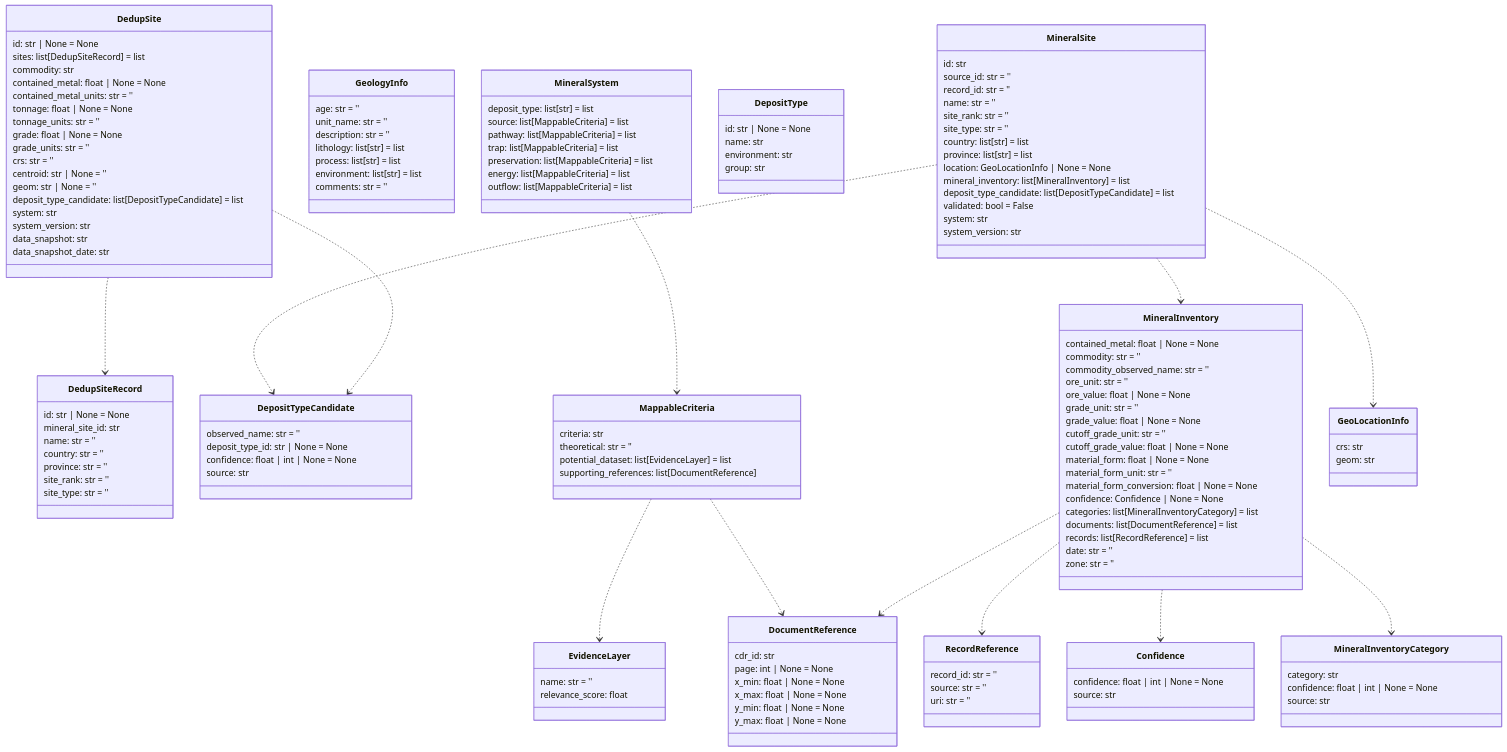
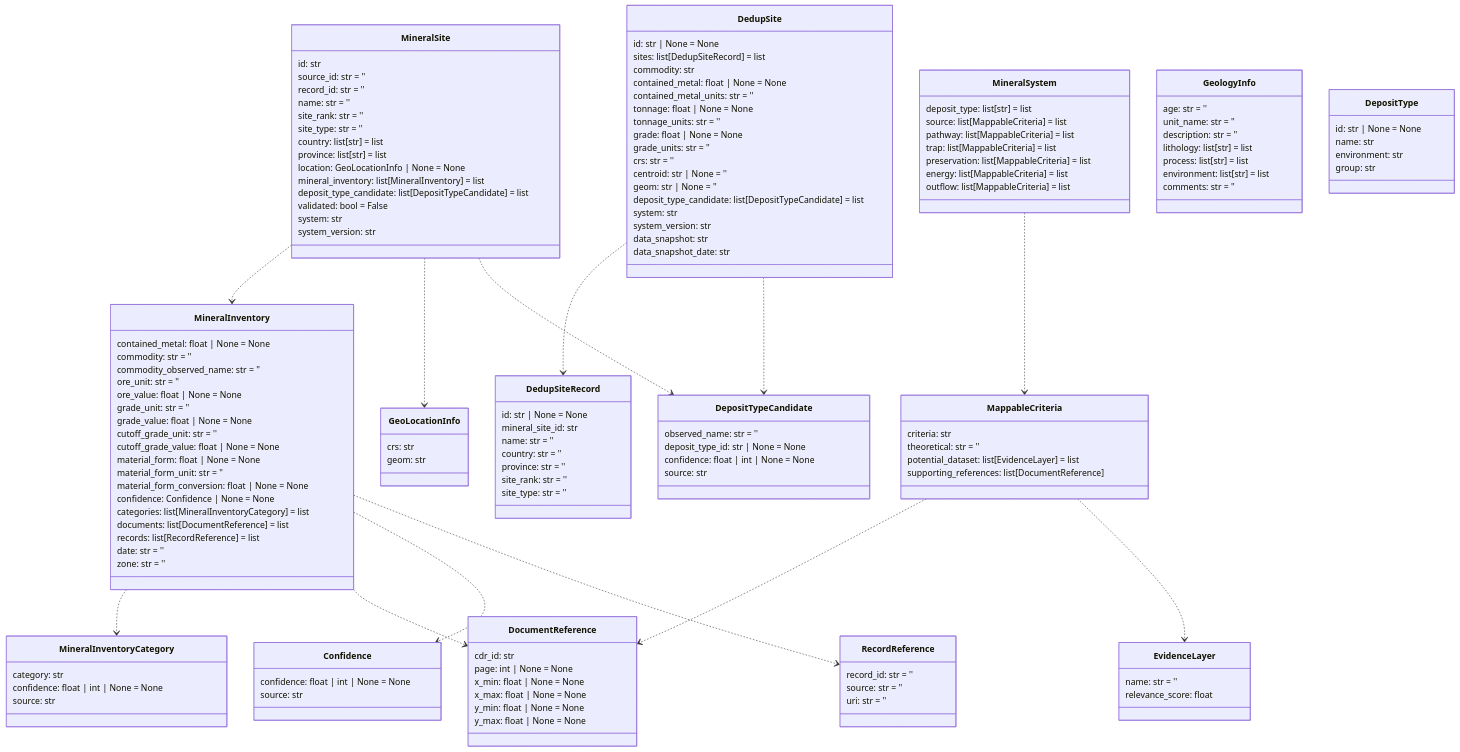
One commit to DARPA-CRITICALMAAS/cdr_schemas changed the tenth of 14 diagrams in README.md. Above: the diagram before and after it, drawn with Mermaid. The commit also changed other lines of this file and 2 other files, not shown here.

````diff
--- a/README.md
+++ b/README.md
@@ -766,51 +766,11 @@
 ```mermaid
 classDiagram
 
-    class MineralInventoryCategory {
-        category: str
-        confidence: float | int | None = None
-        source: str
-    }
-
-    class DedupSiteRecord {
-        id: str | None = None
-        mineral_site_id: str
-        name: str = ''
-        country: str = ''
-        province: str = ''
-        site_rank: str = ''
-        site_type: str = ''
-    }
-
-    class MineralSystem {
-        deposit_type: list[str] = list
-        source: list[MappableCriteria] = list
-        pathway: list[MappableCriteria] = list
-        trap: list[MappableCriteria] = list
-        preservation: list[MappableCriteria] = list
-        energy: list[MappableCriteria] = list
-        outflow: list[MappableCriteria] = list
-    }
-
-    class GeologyInfo {
-        age: str = ''
-        unit_name: str = ''
-        description: str = ''
-        lithology: list[str] = list
-        process: list[str] = list
-        environment: list[str] = list
-        comments: str = ''
-    }
-
-    class RecordReference {
-        record_id: str = ''
-        source: str = ''
-        uri: str = ''
-    }
-
-    class Confidence {
-        confidence: float | int | None = None
-        source: str
+    class MappableCriteria {
+        criteria: str
+        theoretical: str = ''
+        potential_dataset: list[EvidenceLayer] = list
+        supporting_references: list[DocumentReference]
     }
 
     class MineralSite {
@@ -830,6 +790,12 @@
         system_version: str
     }
 
+    class RecordReference {
+        record_id: str = ''
+        source: str = ''
+        uri: str = ''
+    }
+
     class DepositTypeCandidate {
         observed_name: str = ''
         deposit_type_id: str | None = None
@@ -837,13 +803,19 @@
         source: str
     }
 
-    class DocumentReference {
-        cdr_id: str
-        page: int | None = None
-        x_min: float | None = None
-        x_max: float | None = None
-        y_min: float | None = None
-        y_max: float | None = None
+    class Confidence {
+        confidence: float | int | None = None
+        source: str
+    }
+
+    class MineralSystem {
+        deposit_type: list[str] = list
+        source: list[MappableCriteria] = list
+        pathway: list[MappableCriteria] = list
+        trap: list[MappableCriteria] = list
+        preservation: list[MappableCriteria] = list
+        energy: list[MappableCriteria] = list
+        outflow: list[MappableCriteria] = list
     }
 
     class MineralInventory {
@@ -867,23 +839,14 @@
         zone: str = ''
     }
 
-    class EvidenceLayer {
+    class DedupSiteRecord {
+        id: str | None = None
+        mineral_site_id: str
         name: str = ''
-        relevance_score: float
-    }
-
-    class DepositType {
-        id: str | None = None
-        name: str
-        environment: str
-        group: str
-    }
-
-    class MappableCriteria {
-        criteria: str
-        theoretical: str = ''
-        potential_dataset: list[EvidenceLayer] = list
-        supporting_references: list[DocumentReference]
+        country: str = ''
+        province: str = ''
+        site_rank: str = ''
+        site_type: str = ''
     }
 
     class DedupSite {
@@ -906,9 +869,46 @@
         data_snapshot_date: str
     }
 
+    class GeologyInfo {
+        age: str = ''
+        unit_name: str = ''
+        description: str = ''
+        lithology: list[str] = list
+        process: list[str] = list
+        environment: list[str] = list
+        comments: str = ''
+    }
+
+    class EvidenceLayer {
+        name: str = ''
+        relevance_score: float
+    }
+
     class GeoLocationInfo {
         crs: str
         geom: str
+    }
+
+    class DocumentReference {
+        cdr_id: str
+        page: int | None = None
+        x_min: float | None = None
+        x_max: float | None = None
+        y_min: float | None = None
+        y_max: float | None = None
+    }
+
+    class DepositType {
+        id: str | None = None
+        name: str
+        environment: str
+        group: str
+    }
+
+    class MineralInventoryCategory {
+        category: str
+        confidence: float | int | None = None
+        source: str
     }
 
     MappableCriteria ..> EvidenceLayer
@@ -916,11 +916,11 @@
     MineralSystem ..> MappableCriteria
     MineralInventory ..> RecordReference
     MineralInventory ..> Confidence
+    MineralInventory ..> DocumentReference
     MineralInventory ..> MineralInventoryCategory
-    MineralInventory ..> DocumentReference
-    MineralSite ..> MineralInventory
     MineralSite ..> DepositTypeCandidate
     MineralSite ..> GeoLocationInfo
+    MineralSite ..> MineralInventory
     DedupSite ..> DepositTypeCandidate
     DedupSite ..> DedupSiteRecord
 
````
